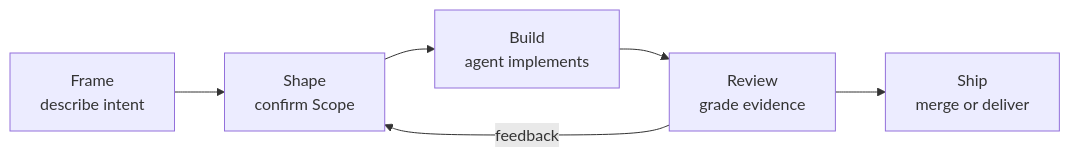
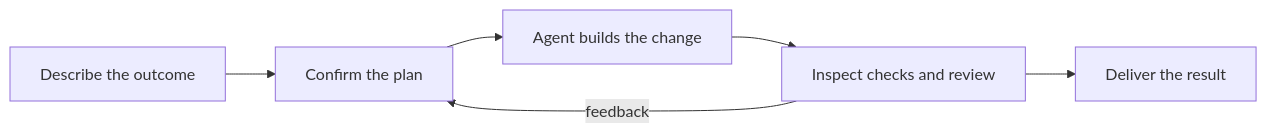
One commit to creator-engine/creator-engine changed the diagram in README.md. Above: the diagram before and after it, drawn with Mermaid. The commit also changed other lines of this file and 7 other files, not shown here.

````diff
--- a/README.md
+++ b/README.md
@@ -25,8 +31,8 @@
 ```mermaid
 flowchart LR
-    Frame[Frame<br/>describe intent] --> Shape[Shape<br/>confirm Scope]
-    Shape --> Build[Build<br/>agent implements]
-    Build --> Review[Review<br/>grade evidence]
-    Review --> Ship[Ship<br/>merge or deliver]
-    Review -- feedback --> Shape
+    Idea[Describe the outcome] --> Plan[Confirm the plan]
+    Plan --> Build[Agent builds the change]
+    Build --> Check[Inspect checks and review]
+    Check --> Deliver[Deliver the result]
+    Check -- feedback --> Plan
 ```
````
